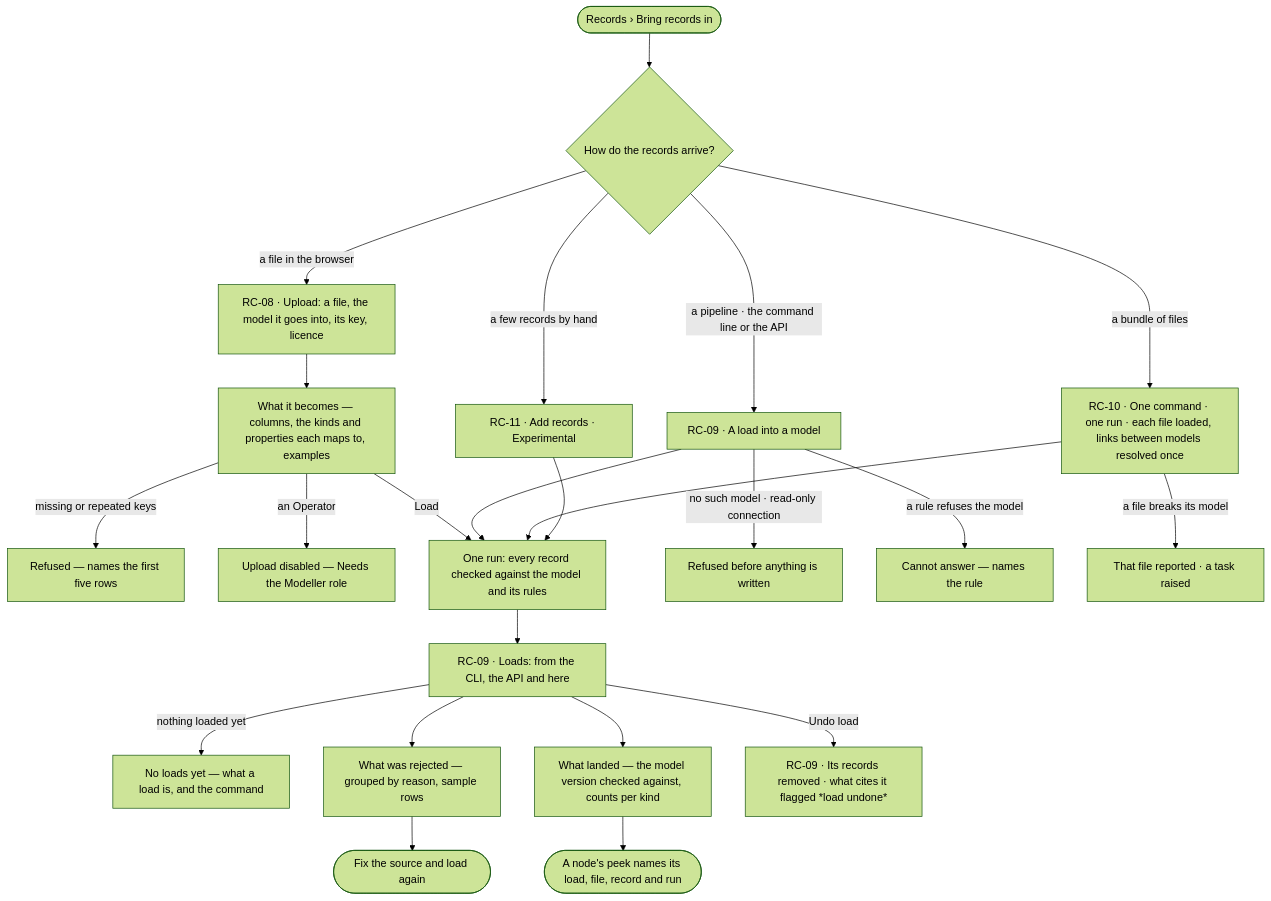
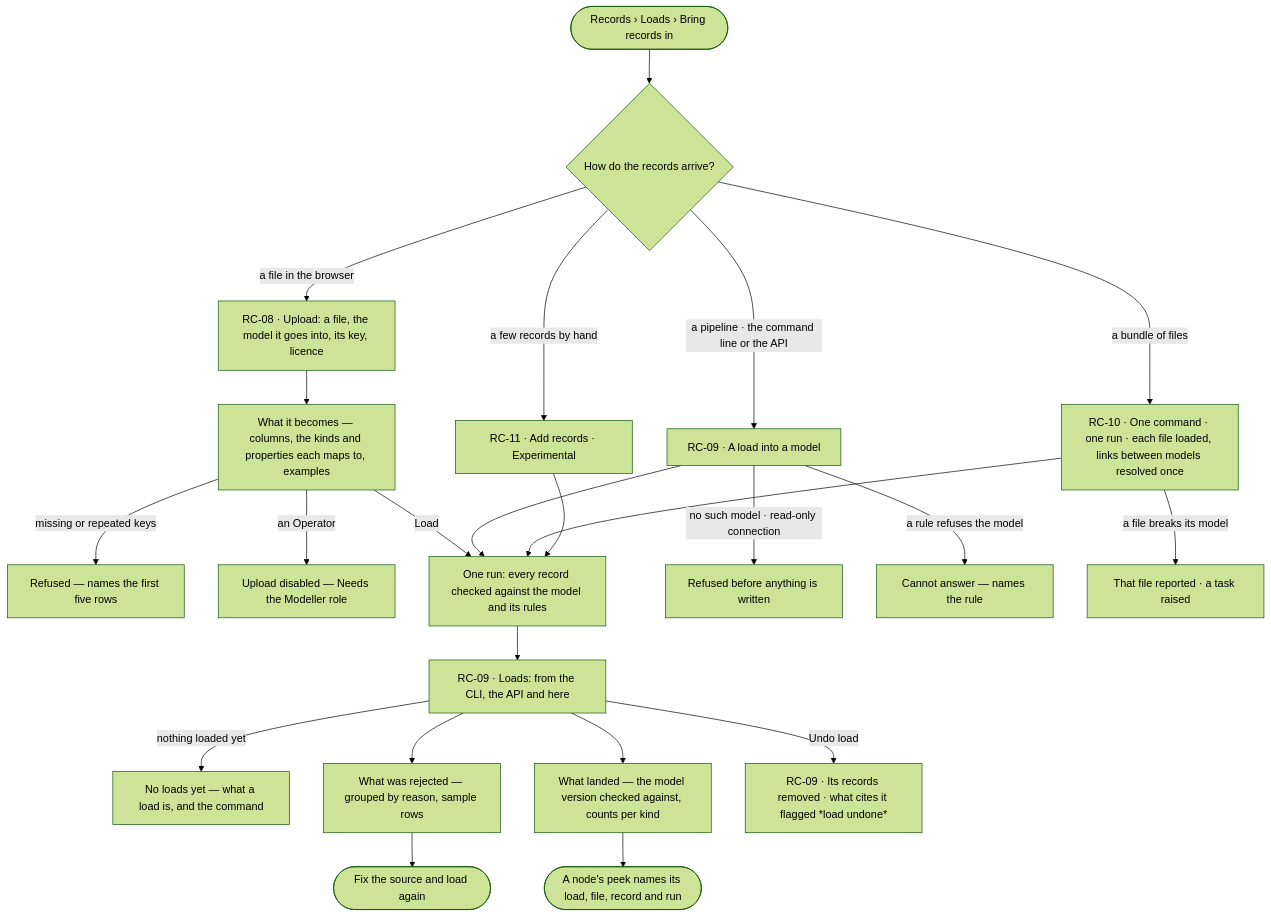
Before and after one commit to invana/invana: the diagram in specs/capabilities/records/features/RC-F02-bring-records-in/feature.md, drawn with Mermaid (forest theme). The commit also changed other lines of this file and 106 other files, not shown here.

````diff
--- a/specs/capabilities/records/features/RC-F02-bring-records-in/feature.md
+++ b/specs/capabilities/records/features/RC-F02-bring-records-in/feature.md
@@ -25,25 +25,25 @@
 ```mermaid
 flowchart TD
-  start([Records › Bring records in]) --> how{How do the records arrive?}
+  start([Records › Loads › Bring records in]) --> how{How do the records arrive?}
   how -->|a file in the browser| up["RC-08 · Upload: a file, the model it goes into, its key, licence"]
   up --> prev["What it becomes — columns, the kinds and properties each maps to, examples"]
   prev -->|missing or repeated keys| upx["Refused — names the first five rows"]
   prev -->|an Operator| una["Upload disabled — Needs the Modeller role"]
   prev -->|Load| run
   how -->|a pipeline · the command line or the API| cli["RC-09 · A load into a model"]
   cli -->|no such model · read-only connection| clx["Refused before anything is written"]
   cli -->|a rule refuses the model| clr["Cannot answer — names the rule"]
   cli --> run["One run: every record checked against the model and its rules"]
   how -->|a bundle of files| bun["RC-10 · One command · one run · each file loaded, links between models resolved once"]
   bun -->|a file breaks its model| tk["That file reported · a task raised"]
   bun --> run
   how -->|a few records by hand| obs["RC-11 · Add records · Experimental"]
   obs --> run
   run --> imp["RC-09 · Loads: from the CLI, the API and here"]
   imp -->|nothing loaded yet| imp0["No loads yet — what a load is, and the command"]
   imp --> rej["What was rejected — grouped by reason, sample rows"]
   rej --> fix([Fix the source and load again])
   imp --> landed["What landed — the model version checked against, counts per kind"]
   landed --> node(["A node's peek names its load, file, record and run"])
   imp -->|Undo load| und["RC-09 · Its records removed · what cites it flagged *load undone*"]
 ```
````
